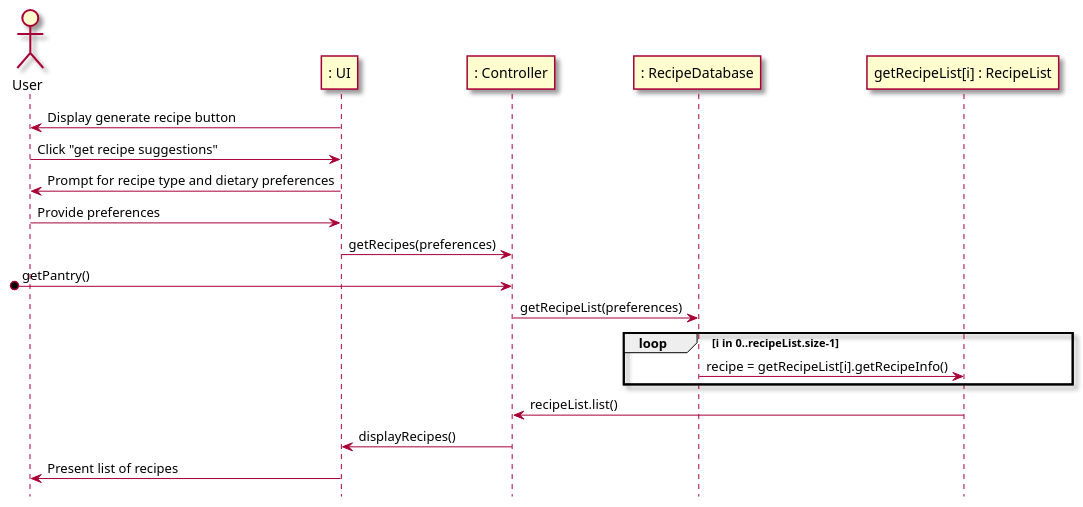
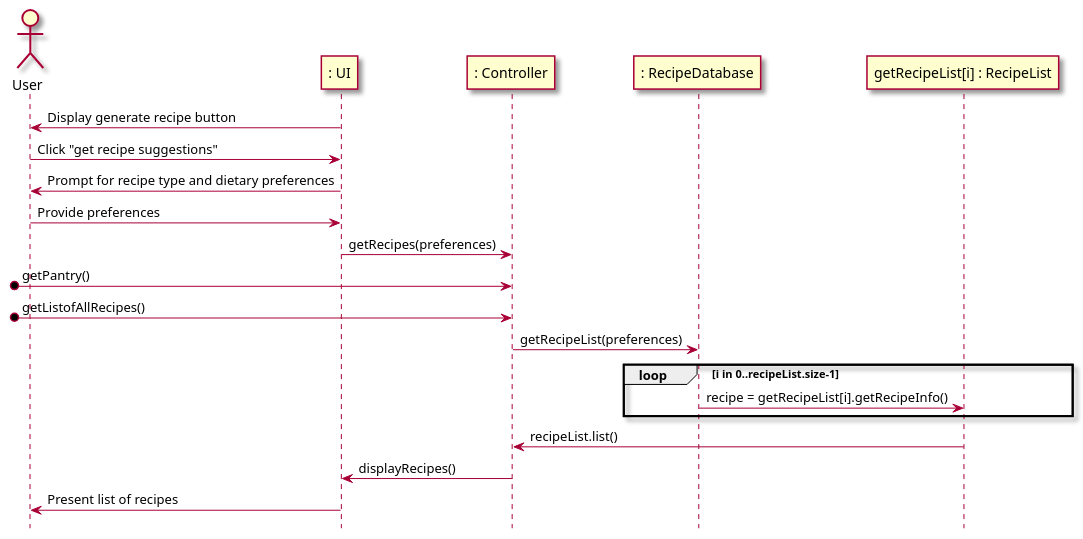
The second of 2 diagrams in intellij/doc/use-cases/generate_recipe.md (berthashipper/Pantry-Pal-Android-Application), drawn with PlantUML before and after one commit. The commit also changed 3 other files, not shown here.

`````diff
--- a/intellij/doc/use-cases/generate_recipe.md
+++ b/intellij/doc/use-cases/generate_recipe.md
@@ -62,30 +62,31 @@
 ```plantuml
 @startuml
 skin rose
 
 hide footbox
 
 actor User as user
 participant ": UI" as ui
 participant ": Controller" as cont
 participant ": RecipeDatabase" as recd
 
 ui -> user : Display generate recipe button
 user -> ui : Click "get recipe suggestions"
 ui -> user : Prompt for recipe type and dietary preferences
 user -> ui : Provide preferences
 ui -> cont : getRecipes(preferences)
 [o-> cont : getPantry()
+[o-> cont : getListofAllRecipes()
 
 participant "getRecipeList[i] : RecipeList" as rec
 cont -> recd : getRecipeList(preferences)
 loop i in 0..recipeList.size-1
 recd -> rec : recipe = getRecipeList[i].getRecipeInfo()
 end
 
 rec -> cont : recipeList.list()
 cont -> ui : displayRecipes()
 ui -> user : Present list of recipes
 
 @enduml
 ````
`````
